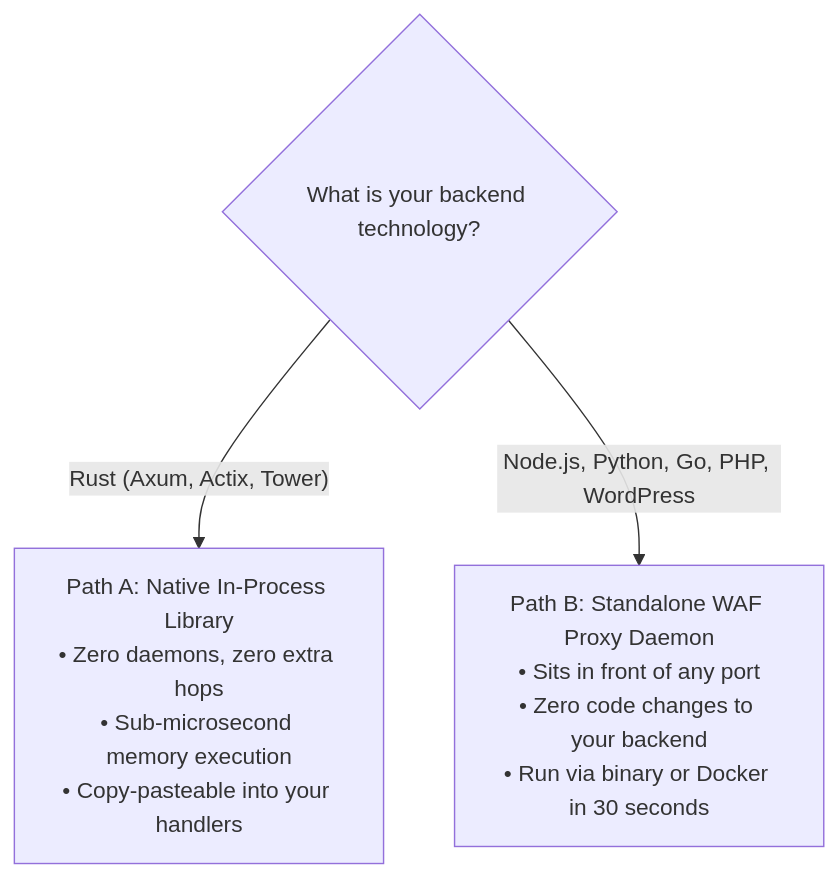
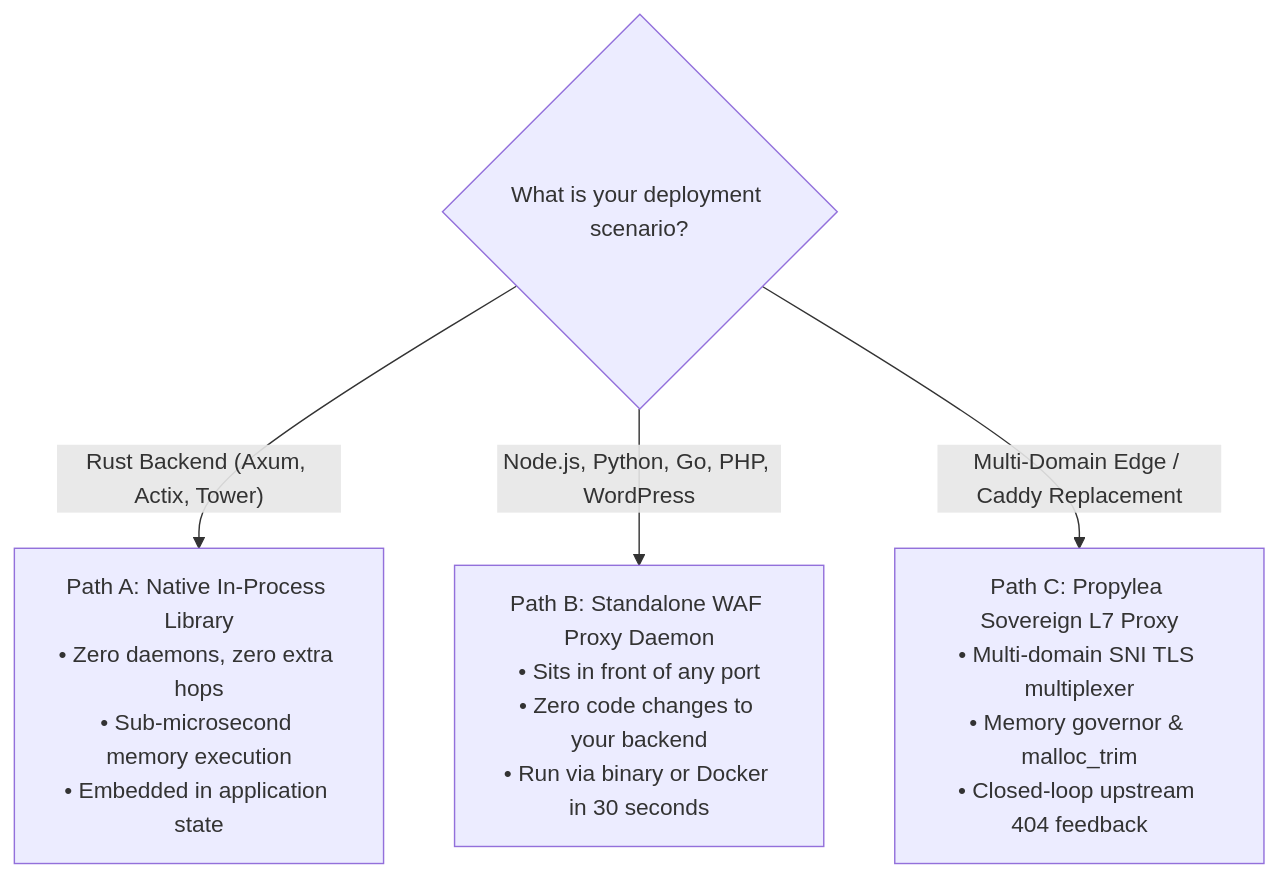
The first of 2 diagrams in docs/04_INTEGRATION_AND_FRAMEWORK_GUIDE.md (xuoxod/phylax), drawn with Mermaid before and after one commit. The commit also changed other lines of this file and 6 other files, not shown here.

Commit message:
docs: enrich defense architecture with non-overlapping enterprise diagrams and telemetry

````diff
--- a/docs/04_INTEGRATION_AND_FRAMEWORK_GUIDE.md
+++ b/docs/04_INTEGRATION_AND_FRAMEWORK_GUIDE.md
@@ -12,6 +12,7 @@
 ```mermaid
 flowchart TD
-    START{"What is your backend technology?"}
-    START -- "Rust (Axum, Actix, Tower)" --> RUST["Path A: Native In-Process Library<br/>• Zero daemons, zero extra hops<br/>• Sub-microsecond memory execution<br/>• Copy-pasteable into your handlers"]
+    START{"What is your deployment scenario?"}
+    START -- "Rust Backend (Axum, Actix, Tower)" --> RUST["Path A: Native In-Process Library<br/>• Zero daemons, zero extra hops<br/>• Sub-microsecond memory execution<br/>• Embedded in application state"]
     START -- "Node.js, Python, Go, PHP, WordPress" --> PROXY["Path B: Standalone WAF Proxy Daemon<br/>• Sits in front of any port<br/>• Zero code changes to your backend<br/>• Run via binary or Docker in 30 seconds"]
+    START -- "Multi-Domain Edge / Caddy Replacement" --> PROPYLEA["Path C: Propylea Sovereign L7 Proxy<br/>• Multi-domain SNI TLS multiplexer<br/>• Memory governor & malloc_trim<br/>• Closed-loop upstream 404 feedback"]
 ```
````
